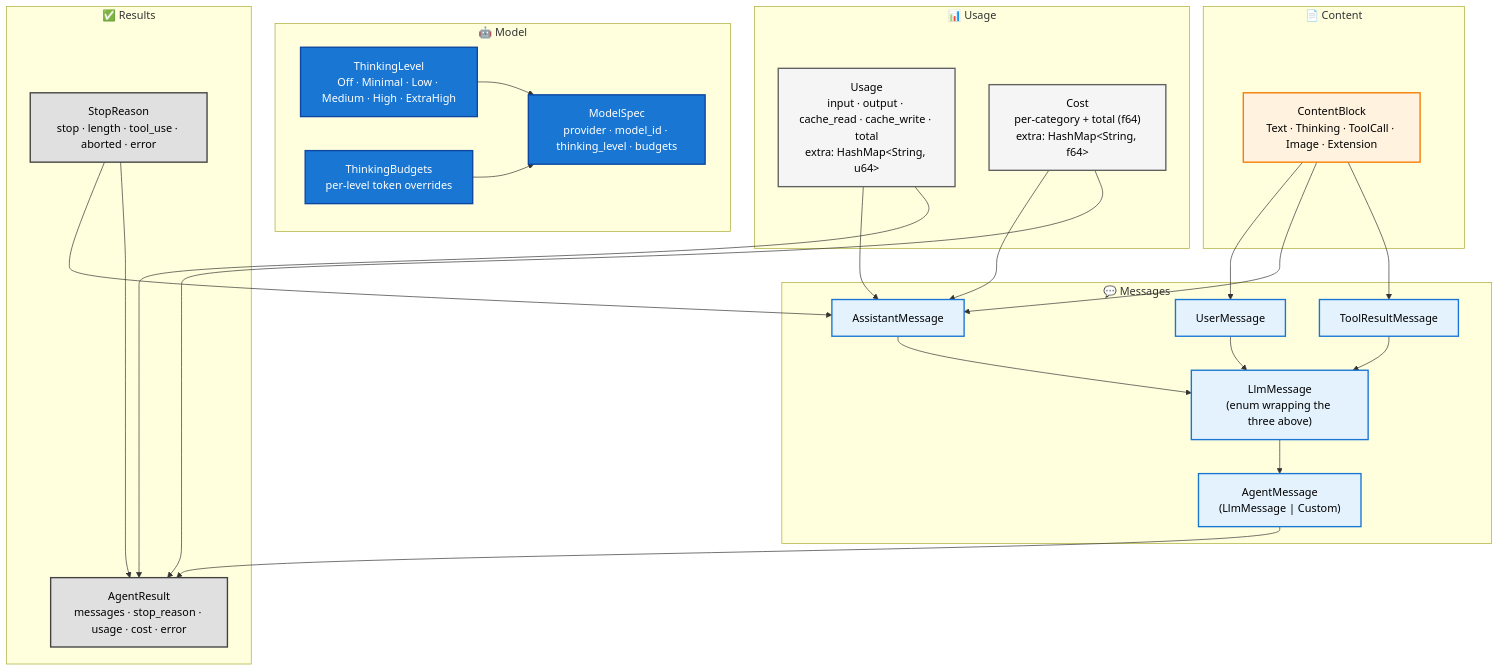
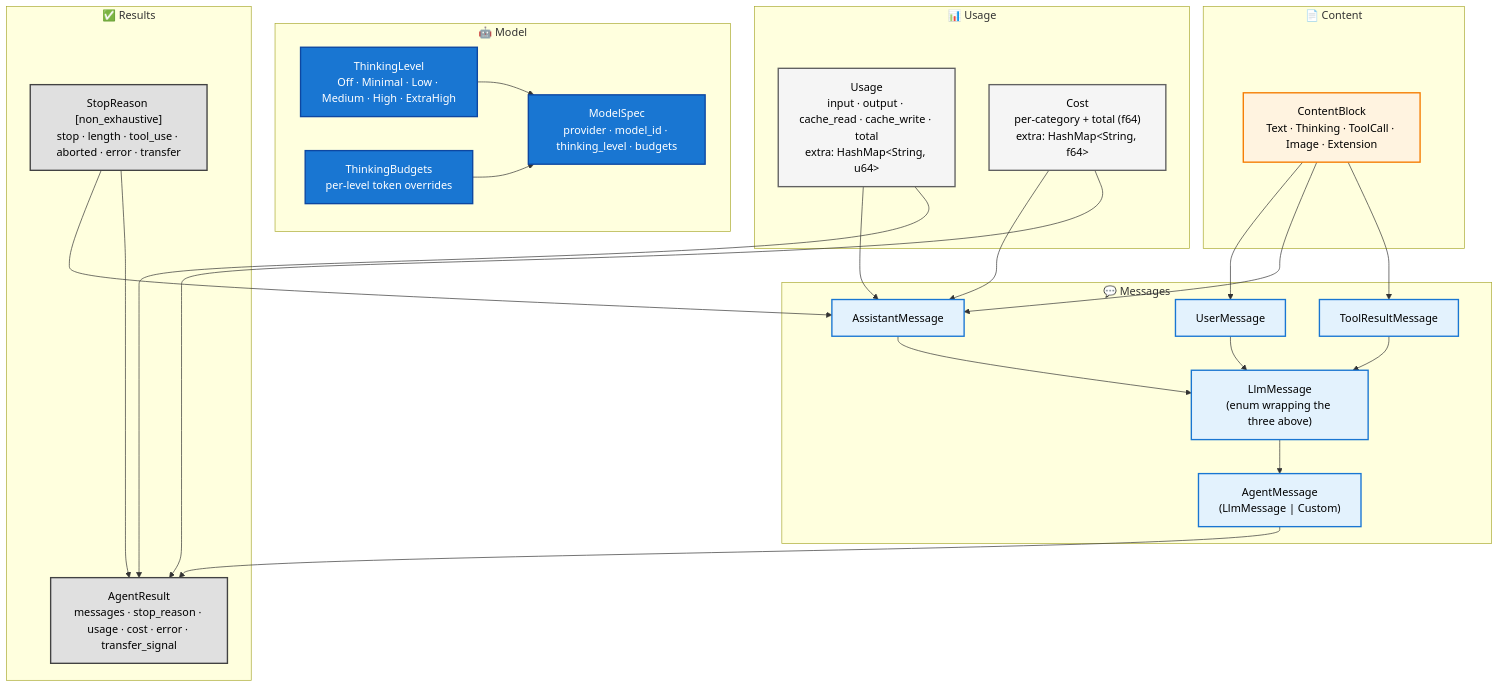
The first of 4 diagrams in docs/architecture/data-model/README.md (SuperSwinkAI/Swink-Agent), drawn with Mermaid before and after one commit. The commit also changed other lines of this file and 21 other files, not shown here.

````diff
--- a/docs/architecture/data-model/README.md
+++ b/docs/architecture/data-model/README.md
@@ -14,59 +14,59 @@
 ```mermaid
 flowchart TB
     subgraph ContentLayer["📄 Content"]
         ContentBlock["ContentBlock<br/>Text · Thinking · ToolCall · Image · Extension"]
     end
 
     subgraph MessageLayer["💬 Messages"]
         UserMessage["UserMessage"]
         AssistantMessage["AssistantMessage"]
         ToolResultMessage["ToolResultMessage"]
         LlmMessage["LlmMessage<br/>(enum wrapping the three above)"]
         AgentMessage["AgentMessage<br/>(LlmMessage | Custom)"]
     end
 
     subgraph ModelLayer["🤖 Model"]
         ModelSpec["ModelSpec<br/>provider · model_id · thinking_level · budgets"]
         ThinkingLevel["ThinkingLevel<br/>Off · Minimal · Low · Medium · High · ExtraHigh"]
         ThinkingBudgets["ThinkingBudgets<br/>per-level token overrides"]
     end
 
     subgraph UsageLayer["📊 Usage"]
         Usage["Usage<br/>input · output · cache_read · cache_write · total<br/>extra: HashMap&lt;String, u64&gt;"]
         Cost["Cost<br/>per-category + total (f64)<br/>extra: HashMap&lt;String, f64&gt;"]
     end
 
     subgraph ResultLayer["✅ Results"]
-        AgentResult["AgentResult<br/>messages · stop_reason · usage · cost · error"]
-        StopReason["StopReason<br/>stop · length · tool_use · aborted · error"]
+        AgentResult["AgentResult<br/>messages · stop_reason · usage · cost · error · transfer_signal"]
+        StopReason["StopReason #91;non_exhaustive#93;<br/>stop · length · tool_use · aborted · error · transfer"]
     end
 
     ContentBlock --> UserMessage
     ContentBlock --> AssistantMessage
     ContentBlock --> ToolResultMessage
     UserMessage --> LlmMessage
     AssistantMessage --> LlmMessage
     ToolResultMessage --> LlmMessage
     LlmMessage --> AgentMessage
     Usage --> AssistantMessage
     Cost --> AssistantMessage
     Cost --> AgentResult
     StopReason --> AssistantMessage
     StopReason --> AgentResult
     Usage --> AgentResult
     AgentMessage --> AgentResult
     ThinkingLevel --> ModelSpec
     ThinkingBudgets --> ModelSpec
 
     classDef contentStyle fill:#fff3e0,stroke:#f57c00,stroke-width:2px,color:#000
     classDef messageStyle fill:#e3f2fd,stroke:#1976d2,stroke-width:2px,color:#000
     classDef modelStyle fill:#1976d2,stroke:#0d47a1,stroke-width:2px,color:#fff
     classDef usageStyle fill:#f5f5f5,stroke:#616161,stroke-width:2px,color:#000
     classDef resultStyle fill:#e0e0e0,stroke:#424242,stroke-width:2px,color:#000
 
     class ContentBlock contentStyle
     class UserMessage,AssistantMessage,ToolResultMessage,LlmMessage,AgentMessage messageStyle
     class ModelSpec,ThinkingLevel,ThinkingBudgets modelStyle
     class Usage,Cost usageStyle
     class AgentResult,StopReason resultStyle
 ```
````
